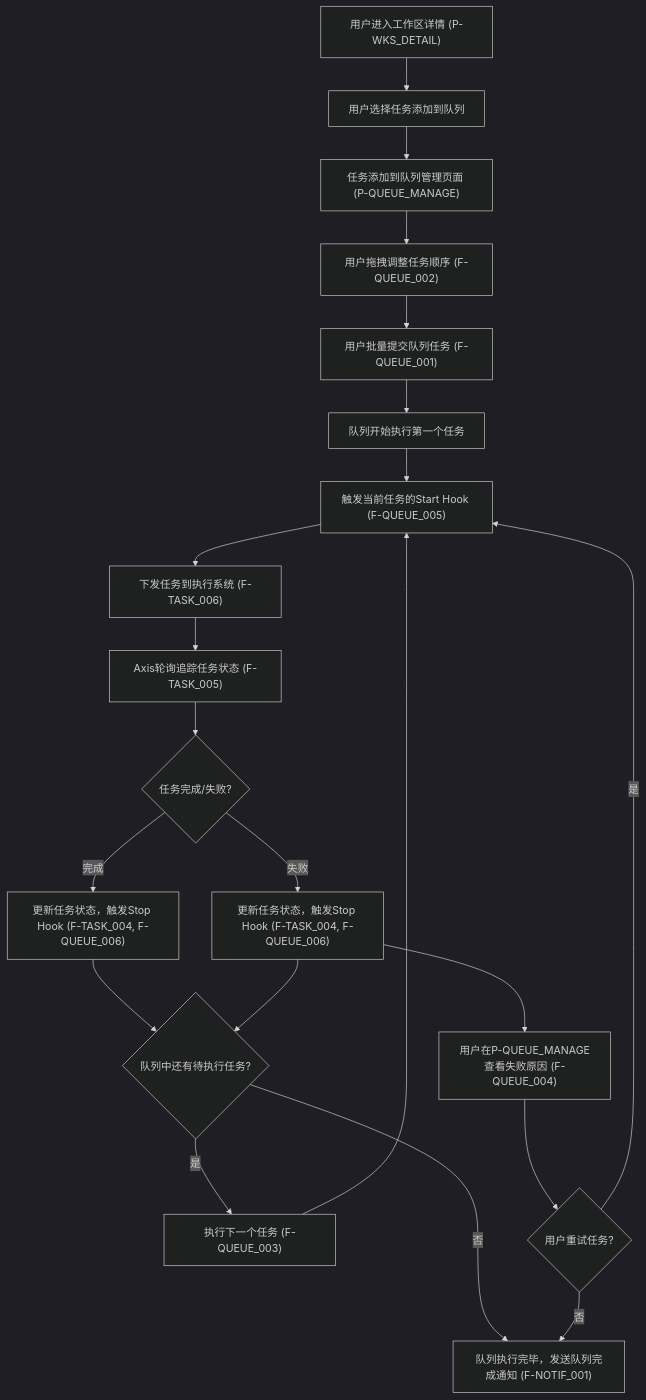
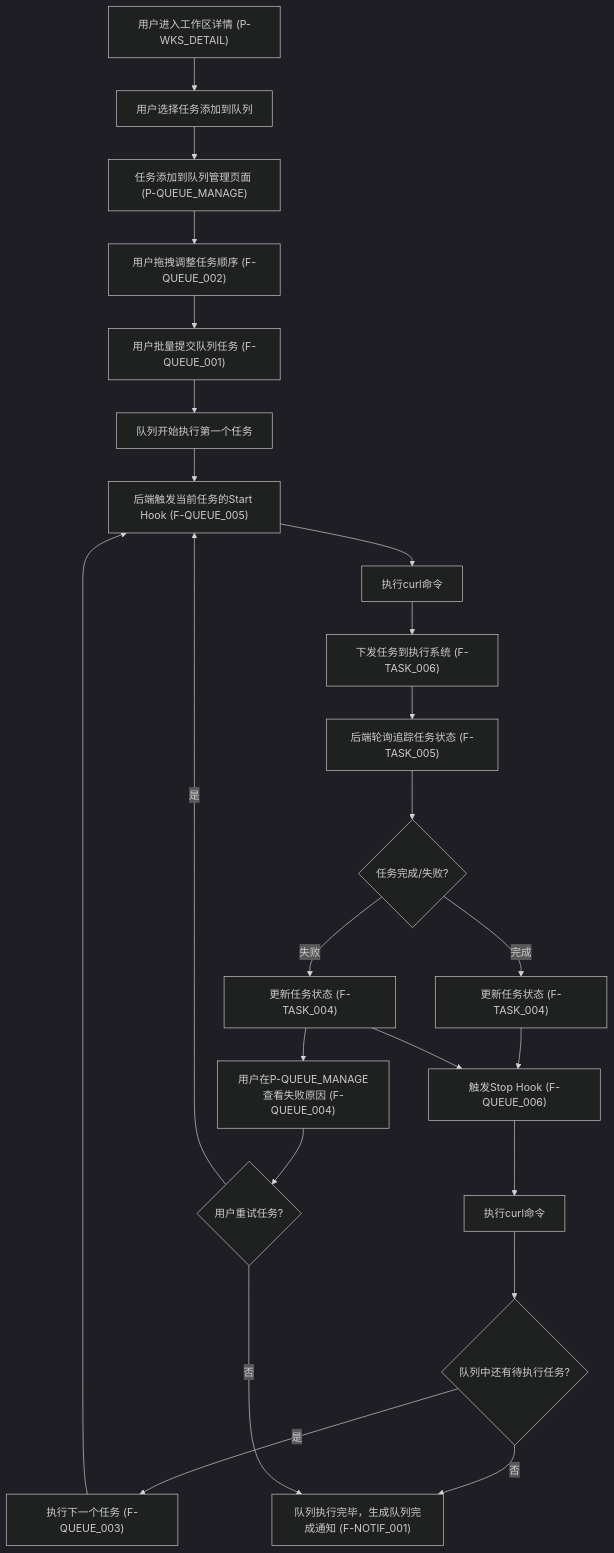
The third of 4 diagrams in prd.md (LogicTortoise/axis), drawn with Mermaid (dark theme) before and after one commit. The commit also changed other lines of this file and 1 other file, not shown here.

````diff
--- a/prd.md
+++ b/prd.md
@@ -235,23 +212,26 @@
 ```mermaid
 graph TD
     A["用户进入工作区详情 (P-WKS_DETAIL)"] --> B["用户选择任务添加到队列"]
     B --> C["任务添加到队列管理页面 (P-QUEUE_MANAGE)"]
     C --> D["用户拖拽调整任务顺序 (F-QUEUE_002)"]
     D --> E["用户批量提交队列任务 (F-QUEUE_001)"]
     E --> F["队列开始执行第一个任务"]
-    F --> G["触发当前任务的Start Hook (F-QUEUE_005)"]
-    G --> H["下发任务到执行系统 (F-TASK_006)"]
-    H --> I["Axis轮询追踪任务状态 (F-TASK_005)"]
-    I --> J{"任务完成/失败?"}
-    J -- "完成" --> K["更新任务状态，触发Stop Hook (F-TASK_004, F-QUEUE_006)"]
-    J -- "失败" --> L["更新任务状态，触发Stop Hook (F-TASK_004, F-QUEUE_006)"]
-    K --> M{"队列中还有待执行任务?"}
-    L --> M
-    M -- "是" --> N["执行下一个任务 (F-QUEUE_003)"]
-    N --> G
-    M -- "否" --> O["队列执行完毕，发送队列完成通知 (F-NOTIF_001)"]
-    L --> P["用户在P-QUEUE_MANAGE查看失败原因 (F-QUEUE_004)"]
-    P --> Q{"用户重试任务?"}
-    Q -- "是" --> G
-    Q -- "否" --> O
+    F --> G["后端触发当前任务的Start Hook (F-QUEUE_005)"]
+    G --> H["执行curl命令"]
+    H --> I["下发任务到执行系统 (F-TASK_006)"]
+    I --> J["后端轮询追踪任务状态 (F-TASK_005)"]
+    J --> K{"任务完成/失败?"}
+    K -- "完成" --> L["更新任务状态 (F-TASK_004)"]
+    K -- "失败" --> M["更新任务状态 (F-TASK_004)"]
+    L --> N["触发Stop Hook (F-QUEUE_006)"]
+    M --> N
+    N --> O["执行curl命令"]
+    O --> P{"队列中还有待执行任务?"}
+    P -- "是" --> Q["执行下一个任务 (F-QUEUE_003)"]
+    Q --> G
+    P -- "否" --> R["队列执行完毕，生成队列完成通知 (F-NOTIF_001)"]
+    M --> S["用户在P-QUEUE_MANAGE查看失败原因 (F-QUEUE_004)"]
+    S --> T{"用户重试任务?"}
+    T -- "是" --> G
+    T -- "否" --> R
 ```
````
